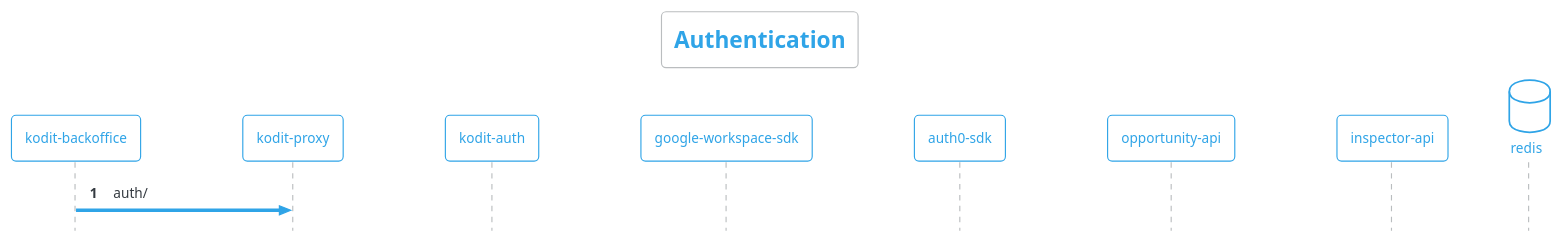
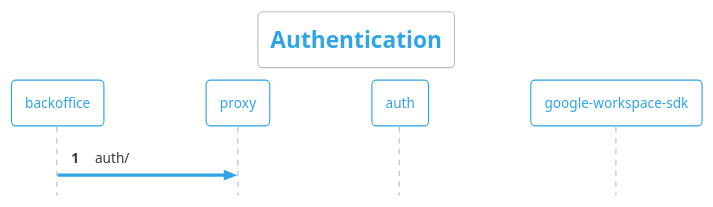
Before and after one commit to ruslands/auth-service: the diagram in docs/uml/authentication.puml, drawn with PlantUML. The commit also changed 230 other files, not shown here.

```diff
--- a/docs/uml/authentication.puml
+++ b/docs/uml/authentication.puml
@@ -1,26 +1,23 @@
 @startuml fotocasa_lead_integration
 !theme cerulean-outline
  
-participant "kodit-backoffice" as backoffice
-participant "kodit-proxy" as proxy
-participant "kodit-auth" as auth
+participant "backoffice" as backoffice
+participant "proxy" as proxy
+participant "auth" as auth
 participant "google-workspace-sdk" as workspace
-participant "auth0-sdk" as auth0
-participant "opportunity-api" as opportunity
-participant "inspector-api" as inspector
-database "redis" as redis
+
  
 autonumber
 autoactivate off
  
 skinparam style strictuml
 skinparam responseMessageBelowArrow true
 skinparam maxMessageSize 250
 skinparam backgroundColor white
 skinparam DefaultFontName SansSerif
  
 title Authentication
 
 backoffice -> proxy: auth/
 
 @enduml
```
